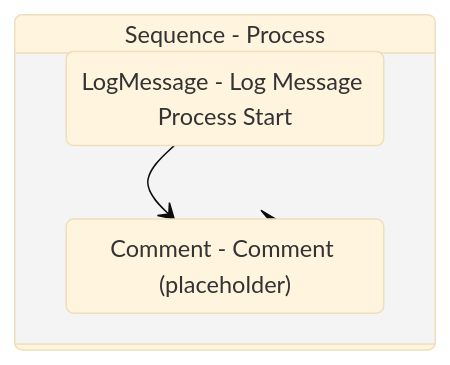
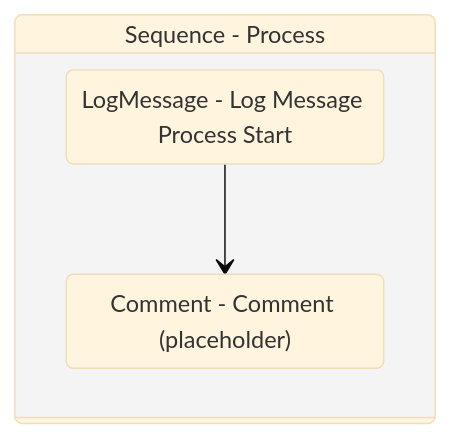
Before and after one commit to yashbrahmbhatt/LazyFramework: the diagram in Documentation/.templates/Performers/REFramework/Framework/Process.md, drawn with Mermaid (base theme). The commit also changed other lines of this file and 83 other files, not shown here.

````diff
--- a/Documentation/.templates/Performers/REFramework/Framework/Process.md
+++ b/Documentation/.templates/Performers/REFramework/Framework/Process.md
@@ -94,12 +98,12 @@
 ```mermaid
 stateDiagram-v2
+
 
 Sequence_2: Sequence - Process
 state Sequence_2 {
 direction TB
 LogMessage_1 : LogMessage - Log Message Process Start
 Comment_1 : Comment - Comment (placeholder)
 LogMessage_1 --> Comment_1
 }
-Comment_1 --> Sequence_2
 ```
````
